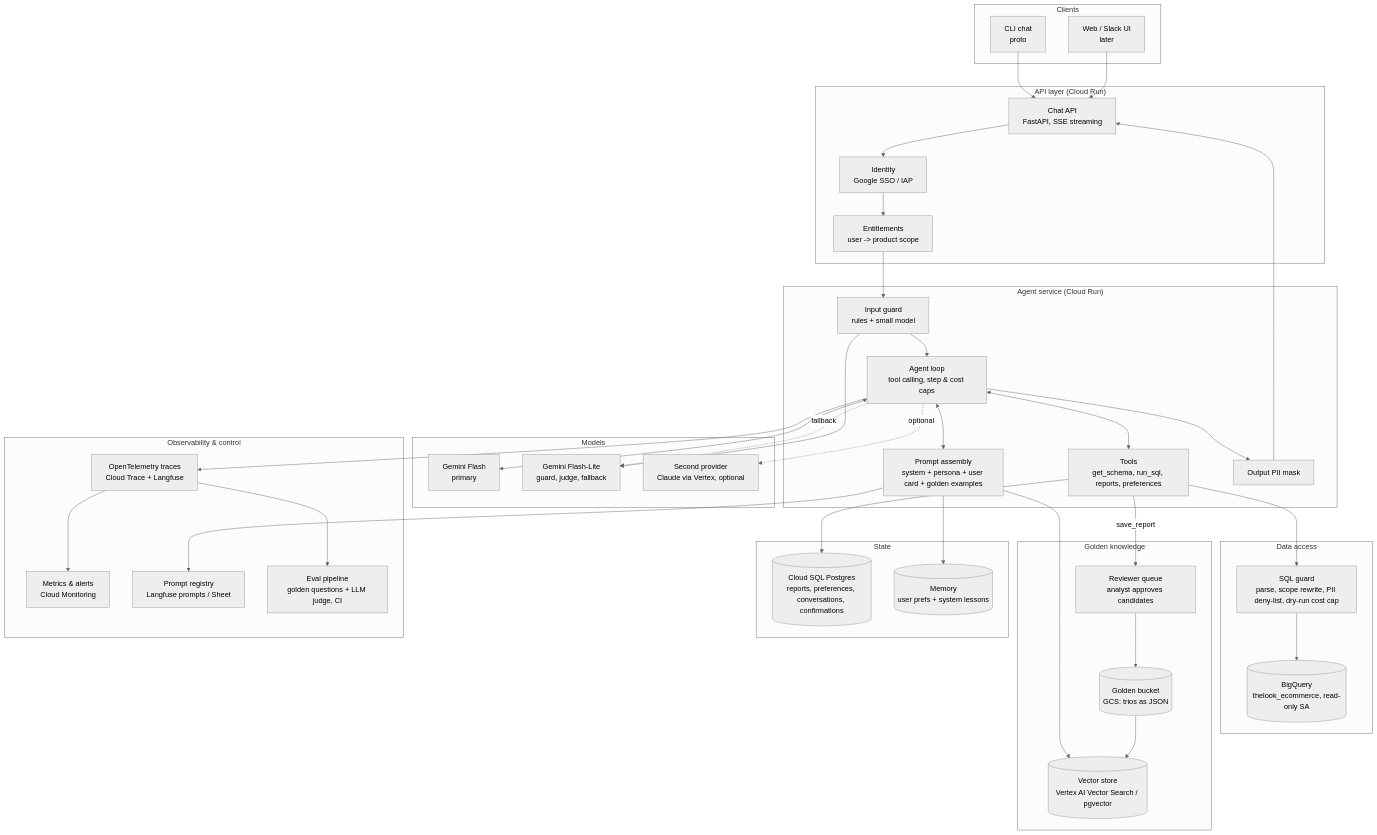
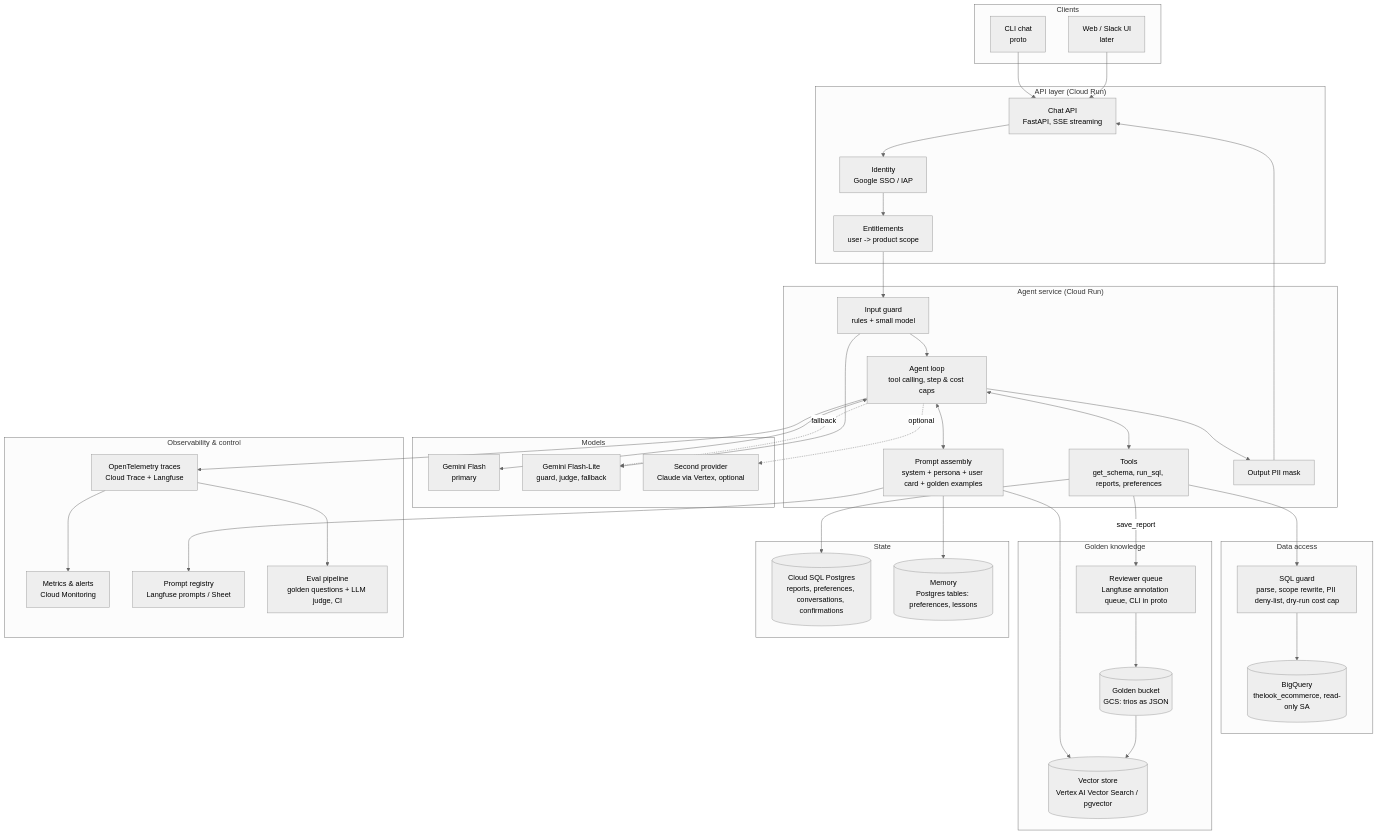
Before and after one commit to xkaple00/retail-analyst-agent: the diagram in docs/diagrams/architecture.mmd, drawn with Mermaid (neutral theme). The commit also changed 13 other files, not shown here.

Commit message:
fix: docs-audit corrections, process-wide schema cache, fallback order by quota, hour-long breaker on daily-quota 429, eval evidence 5/13 on a fresh key

```diff
--- a/docs/diagrams/architecture.mmd
+++ b/docs/diagrams/architecture.mmd
@@ -1,67 +1,67 @@
 flowchart TB
     subgraph Clients
         CLI[CLI chat<br/>proto]
         Web[Web / Slack UI<br/>later]
     end
 
     subgraph Edge["API layer (Cloud Run)"]
         GW[Chat API<br/>FastAPI, SSE streaming]
         AuthN[Identity<br/>Google SSO / IAP]
         Ent[Entitlements<br/>user -> product scope]
     end
 
     subgraph Agent["Agent service (Cloud Run)"]
         Guard[Input guard<br/>rules + small model]
         Orch[Agent loop<br/>tool calling, step & cost caps]
         Prompt[Prompt assembly<br/>system + persona + user card + golden examples]
         Tools[Tools<br/>get_schema, run_sql, reports, preferences]
         Mask[Output PII mask]
     end
 
     subgraph Data["Data access"]
         SQLGuard[SQL guard<br/>parse, scope rewrite, PII deny-list, dry-run cost cap]
         BQ[(BigQuery<br/>thelook_ecommerce, read-only SA)]
     end
 
     subgraph Knowledge["Golden knowledge"]
         VDB[(Vector store<br/>Vertex AI Vector Search / pgvector)]
         GB[(Golden bucket<br/>GCS: trios as JSON)]
-        Review[Reviewer queue<br/>analyst approves candidates]
+        Review[Reviewer queue<br/>Langfuse annotation queue, CLI in proto]
     end
 
     subgraph State["State"]
         PG[(Cloud SQL Postgres<br/>reports, preferences, conversations, confirmations)]
-        Mem[(Memory<br/>user prefs + system lessons)]
+        Mem[(Memory<br/>Postgres tables: preferences, lessons)]
     end
 
     subgraph LLM["Models"]
         Gem[Gemini Flash<br/>primary]
         GemLite[Gemini Flash-Lite<br/>guard, judge, fallback]
         Alt[Second provider<br/>Claude via Vertex, optional]
     end
 
     subgraph Ops["Observability & control"]
         OTel[OpenTelemetry traces<br/>Cloud Trace + Langfuse]
         Metrics[Metrics & alerts<br/>Cloud Monitoring]
         PromptReg[Prompt registry<br/>Langfuse prompts / Sheet]
         Evals[Eval pipeline<br/>golden questions + LLM judge, CI]
     end
 
     CLI --> GW
     Web --> GW
     GW --> AuthN --> Ent --> Guard --> Orch
     Orch <--> Prompt
     Prompt --> VDB
     Prompt --> PromptReg
     Prompt --> Mem
     Orch <--> Tools
     Tools --> SQLGuard --> BQ
     Tools --> PG
     Orch <--> Gem
     Orch -.fallback.-> GemLite
     Orch -.optional.-> Alt
     Guard --> GemLite
     Orch --> Mask --> GW
     Tools -- save_report --> Review --> GB --> VDB
     Orch --> OTel --> Metrics
     OTel --> Evals
```
